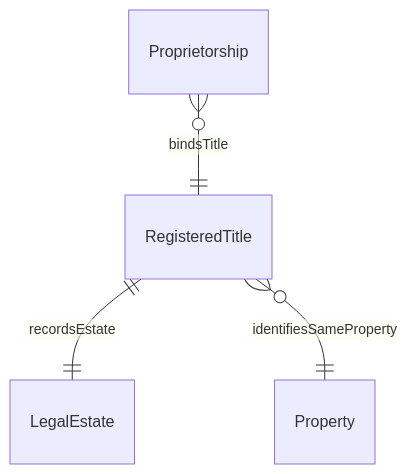
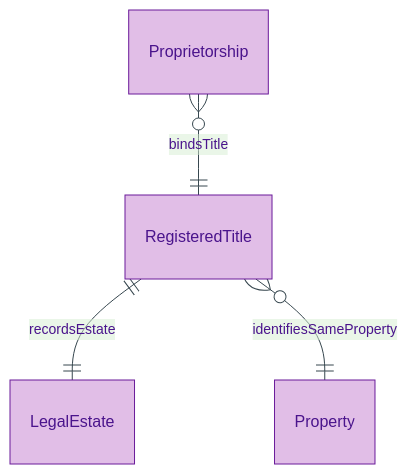
The first of 2 diagrams in docs/manual/logical/property/registered-title.md (sparkling/opda), drawn with Mermaid before and after one commit. The commit also changed other lines of this file and 179 other files, not shown here.

First line of the commit message:
docs(manual): Logical-tier diagram expansion via /diagramming skill

````diff
--- a/docs/manual/logical/property/registered-title.md
+++ b/docs/manual/logical/property/registered-title.md
@@ -33,6 +38,10 @@
 ```mermaid
+%%{init: {"theme": "base", "themeVariables": {"primaryColor": "#E1BEE7", "primaryTextColor": "#4A148C", "primaryBorderColor": "#6A1B9A", "lineColor": "#37474F"}}}%%
 erDiagram
+    accTitle: RegisteredTitle — Entity-Relationship Diagram
+    accDescr: Direct-neighbour view of RegisteredTitle — records LegalEstate, identifies Property, bound by Proprietorship.
+
     RegisteredTitle ||--|| LegalEstate : "recordsEstate"
     RegisteredTitle }o--|| Property : "identifiesSameProperty"
     Proprietorship }o--|| RegisteredTitle : "bindsTitle"
 ```
````
